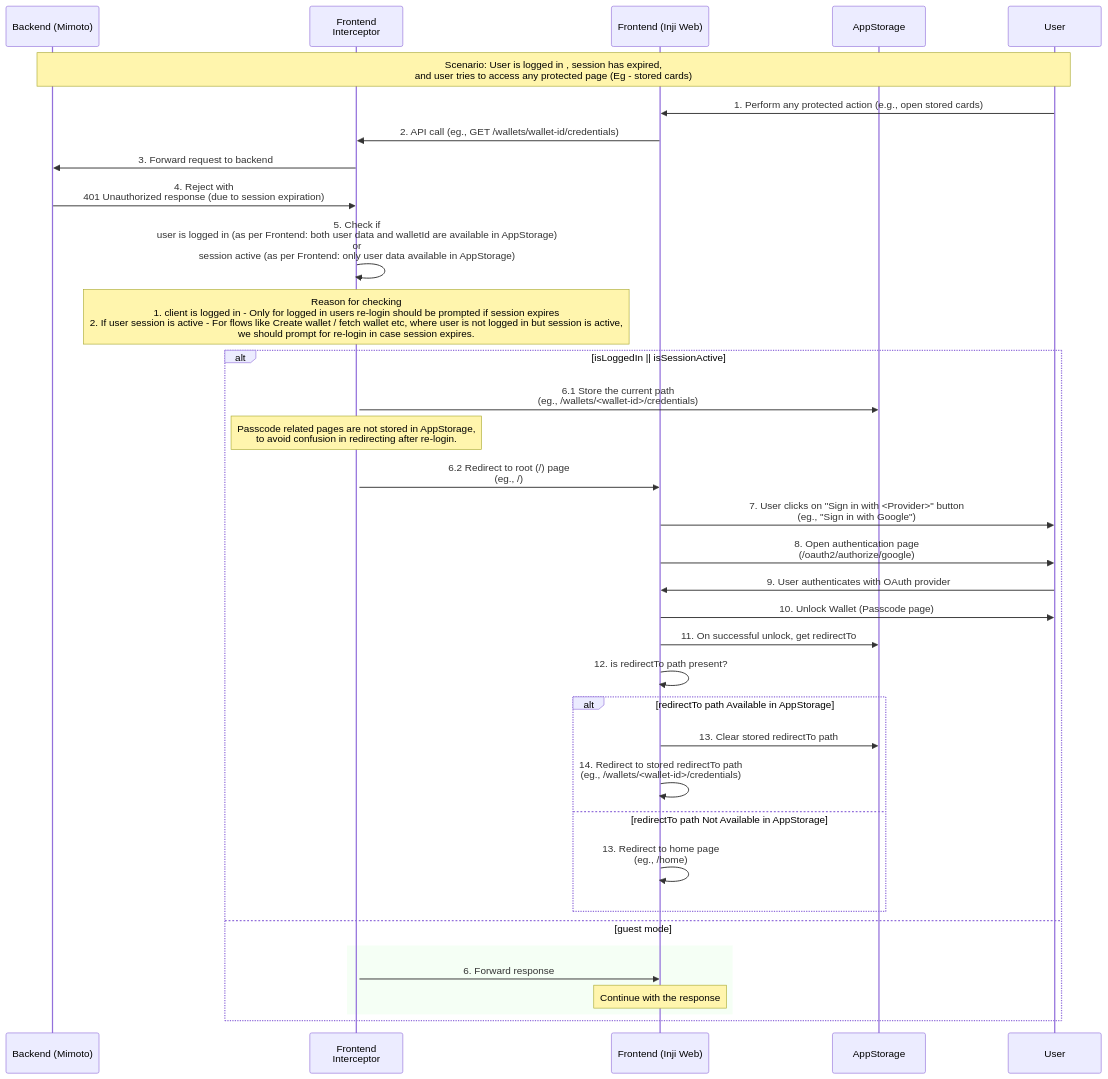
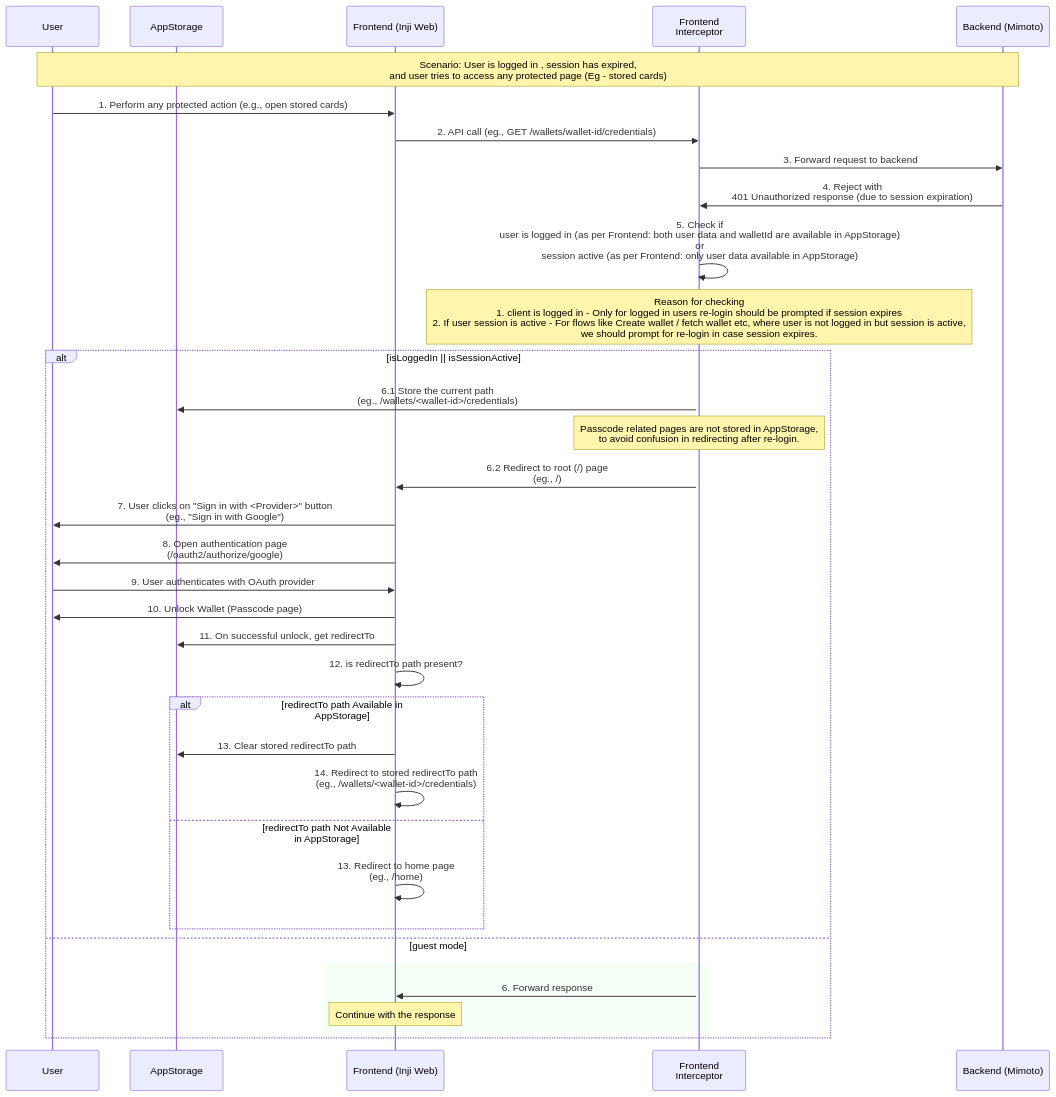
Before and after one commit to mosip/inji-web: the diagram in docs/SessionExpirationHandling.md, drawn with Mermaid. The commit also changed other lines of this file and 2 other files, not shown here.

````diff
--- a/docs/SessionExpirationHandling.md
+++ b/docs/SessionExpirationHandling.md
@@ -32,41 +32,41 @@
 ```mermaid
 
 sequenceDiagram
+    participant user as User
+    participant AppStorage
+    participant fe as Frontend (Inji Web)
+    participant interceptor as Frontend<br/> Interceptor
     participant be as Backend (Mimoto)
-    participant interceptor as Frontend<br/> Interceptor
-    participant fe as Frontend (Inji Web)
-    participant AppStorage
-    participant user as User
     
     note over be, user: Scenario: User is logged in , session has expired,<br/> and user tries to access any protected page (Eg - stored cards)
     
     user ->> fe: 1. Perform any protected action (e.g., open stored cards)
     fe ->> interceptor: 2. API call (eg., GET /wallets/wallet-id/credentials)
     interceptor ->> be: 3. Forward request to backend
     be ->> interceptor: 4. Reject with <br/> 401 Unauthorized response (due to session expiration)
     interceptor ->> interceptor: 5. Check if <br/> user is logged in (as per Frontend: both user data and walletId are available in AppStorage) <br/> or <br/> session active (as per Frontend: only user data available in AppStorage)
     note over interceptor: Reason for checking<br/>1. client is logged in - Only for logged in users re-login should be prompted if session expires<br/>2. If user session is active - For flows like Create wallet / fetch wallet etc, where user is not logged in but session is active, <br/>we should prompt for re-login in case session expires.
     alt isLoggedIn || isSessionActive
         activate interceptor
         interceptor ->> AppStorage: 6.1 Store the current path <br/> (eg., /wallets/<wallet-id>/credentials)
         note over interceptor : Passcode related pages are not stored in AppStorage,<br/> to avoid confusion in redirecting after re-login.
         interceptor ->> fe: 6.2 Redirect to root (/) page <br/> (eg., /)
         fe ->> user: 7. User clicks on "Sign in with <Provider>" button <br/> (eg., "Sign in with Google")
         fe ->> user: 8. Open authentication page <br/> (/oauth2/authorize/google)
         user ->> fe: 9. User authenticates with OAuth provider
         fe ->> user: 10. Unlock Wallet (Passcode page)
         fe ->> AppStorage: 11. On successful unlock, get redirectTo
         fe ->> fe: 12. is redirectTo path present?
         alt redirectTo path Available in AppStorage 
             fe ->> AppStorage: 13. Clear stored redirectTo path
             fe ->> fe: 14. Redirect to stored redirectTo path <br/> (eg., /wallets/<wallet-id>/credentials)
         else redirectTo path Not Available in AppStorage
             fe ->> fe: 13. Redirect to home page <br/> (eg., /home)
         end
     else guest mode
         rect rgb(230, 255, 230, 0.4)
             interceptor ->> fe: 6. Forward response
             note over fe: Continue with the response
         end
     end
 ```
````
